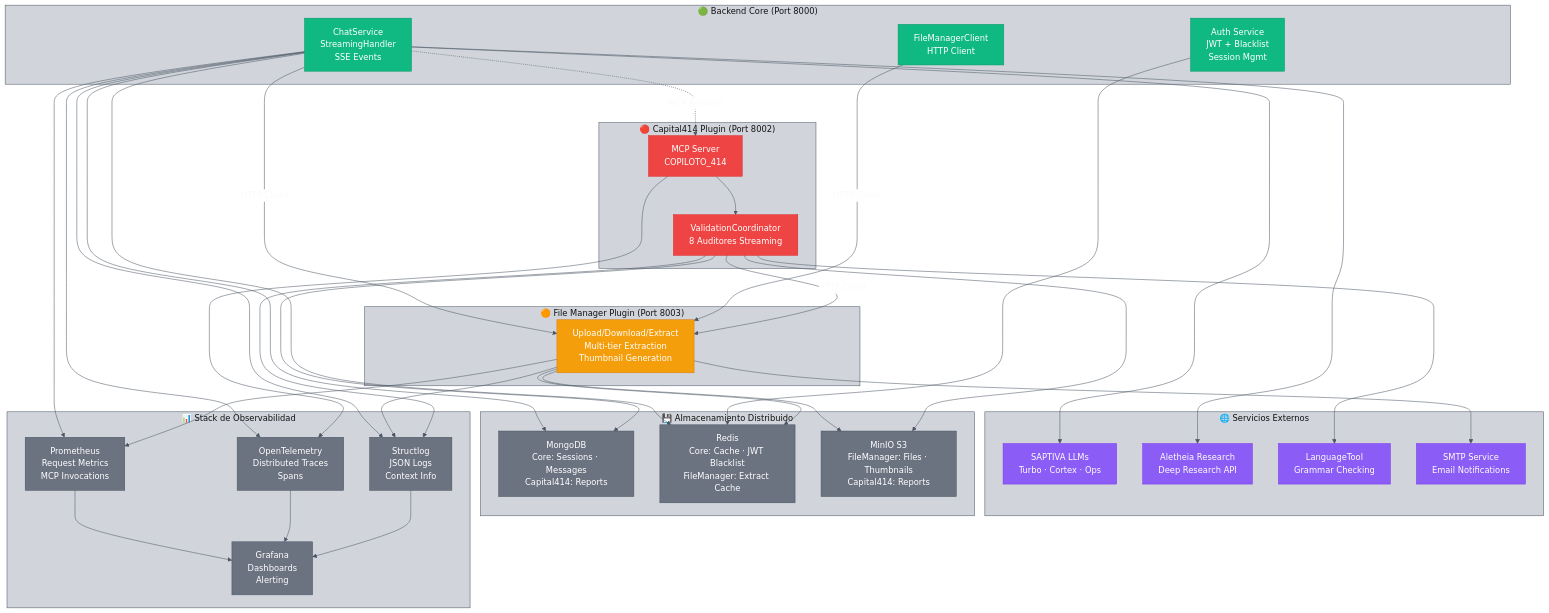
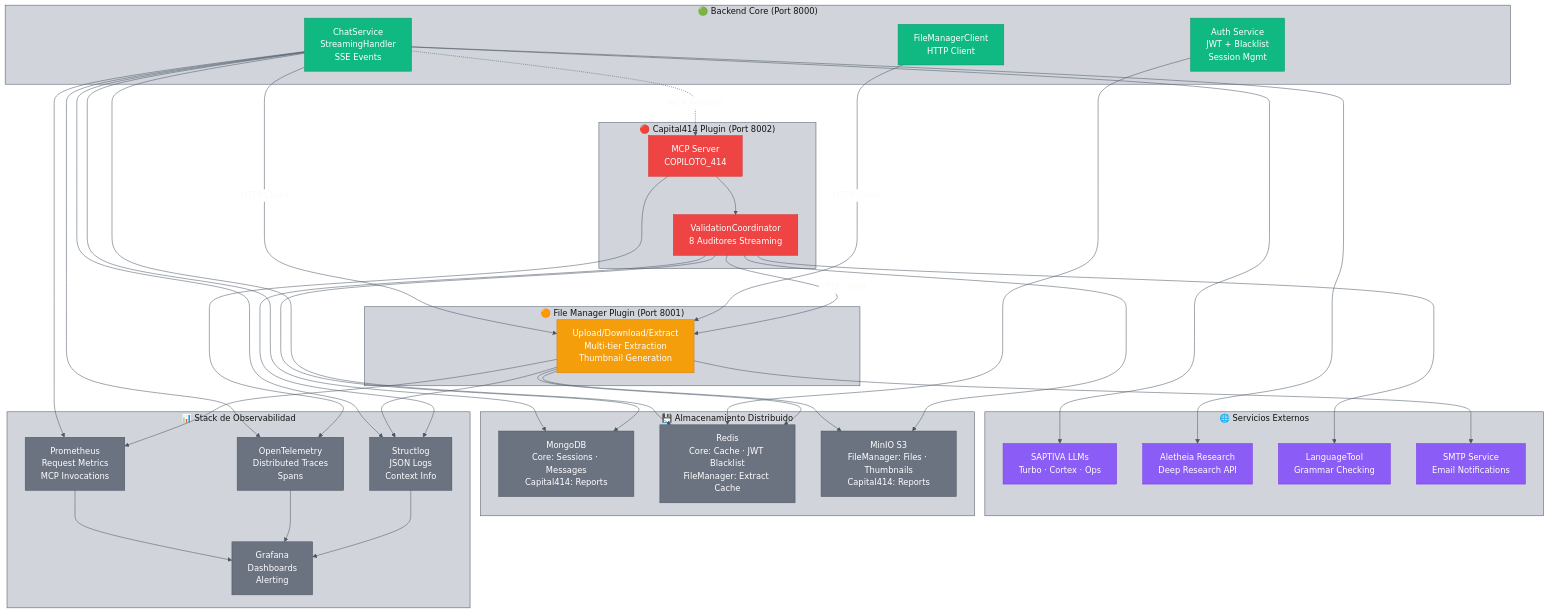
The fourth of 11 diagrams in README.md (saptiva-ai/octavios-chat), drawn with Mermaid before and after one commit. The commit also changed other lines of this file and 14 other files, not shown here.

First line of the commit message:
refactor: change File Manager port from 8003 to 8001

````diff
--- a/README.md
+++ b/README.md
@@ -402,79 +565,79 @@
 ```mermaid
 %%{init: {'theme': 'base', 'themeVariables': {'primaryColor': '#111111','primaryBorderColor': '#4b5563','primaryTextColor': '#f9fafb','lineColor': '#4b5563','secondaryColor': '#ffffff','secondaryBorderColor': '#4b5563','secondaryTextColor': '#111111','tertiaryColor': '#d1d5db','tertiaryBorderColor': '#4b5563','tertiaryTextColor': '#111111'}}}%%
 flowchart TB
     subgraph Core["🟢 Backend Core (Port 8000)"]
         chat_core["ChatService<br/>StreamingHandler<br/>SSE Events"]:::core
         auth_core["Auth Service<br/>JWT + Blacklist<br/>Session Mgmt"]:::core
         fm_client_core["FileManagerClient<br/>HTTP Client"]:::core
     end
 
-    subgraph FileManager["🟠 File Manager Plugin (Port 8003)"]
+    subgraph FileManager["🟠 File Manager Plugin (Port 8001)"]
         fm_service["Upload/Download/Extract<br/>Multi-tier Extraction<br/>Thumbnail Generation"]:::plugin_public
     end
 
     subgraph Capital414["🔴 Capital414 Plugin (Port 8002)"]
         audit_service["MCP Server<br/>COPILOTO_414"]:::plugin_private
         validation_coord["ValidationCoordinator<br/>8 Auditores Streaming"]:::plugin_private
     end
 
     subgraph External["🌐 Servicios Externos"]
         saptiva["SAPTIVA LLMs<br/>Turbo · Cortex · Ops"]:::external
         aletheia["Aletheia Research<br/>Deep Research API"]:::external
         languagetool["LanguageTool<br/>Grammar Checking"]:::external
         smtp["SMTP Service<br/>Email Notifications"]:::external
     end
 
     subgraph Storage["💾 Almacenamiento Distribuido"]
         mongo["MongoDB<br/>Core: Sessions · Messages<br/>Capital414: Reports"]:::infra
         redis["Redis<br/>Core: Cache · JWT Blacklist<br/>FileManager: Extract Cache"]:::infra
         minio["MinIO S3<br/>FileManager: Files · Thumbnails<br/>Capital414: Reports"]:::infra
     end
 
     subgraph Observability["📊 Stack de Observabilidad"]
         prom["Prometheus<br/>Request Metrics<br/>MCP Invocations"]:::infra
         otel["OpenTelemetry<br/>Distributed Traces<br/>Spans"]:::infra
         logs["Structlog<br/>JSON Logs<br/>Context Info"]:::infra
         grafana["Grafana<br/>Dashboards<br/>Alerting"]:::infra
     end
 
     %% Plugin-First Communication
     chat_core -->|"HTTP Client"| fm_service
     fm_client_core -->|"HTTP Client"| fm_service
     chat_core -.->|"MCP Protocol"| audit_service
     audit_service --> validation_coord
     validation_coord -->|"HTTP Client"| fm_service
 
     %% External Service Connections
     chat_core --> saptiva
     chat_core --> aletheia
     validation_coord --> languagetool
     fm_service --> smtp
 
     %% Storage Connections (Distributed)
     chat_core --> mongo
     chat_core --> redis
     auth_core --> redis
     fm_service --> minio
     fm_service --> redis
     validation_coord --> mongo
     validation_coord --> minio
 
     %% Observability (Centralized)
     chat_core --> prom
     chat_core --> otel
     chat_core --> logs
     fm_service --> prom
     fm_service --> logs
     audit_service --> otel
     validation_coord --> logs
 
     prom --> grafana
     otel --> grafana
     logs --> grafana
 
     classDef core fill:#10b981,stroke:#059669,color:#ffffff;
     classDef plugin_public fill:#f59e0b,stroke:#d97706,color:#ffffff;
     classDef plugin_private fill:#ef4444,stroke:#dc2626,color:#ffffff;
     classDef external fill:#8b5cf6,stroke:#7c3aed,color:#ffffff;
     classDef infra fill:#6b7280,stroke:#4b5563,color:#ffffff;
 ```
````
